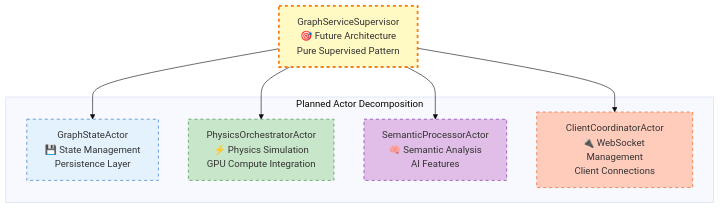
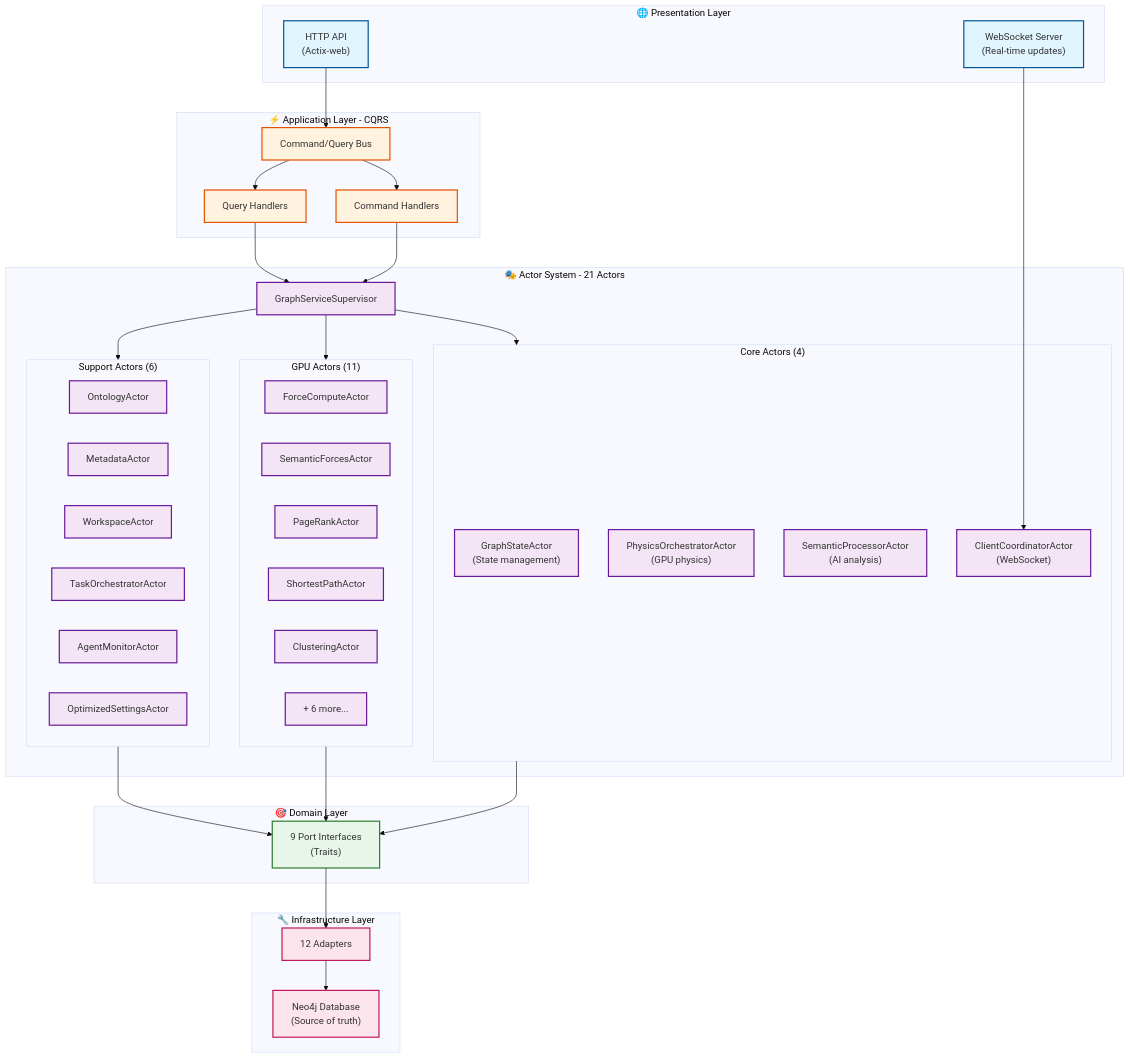
One commit to DreamLab-AI/VisionFlow changed the first of 3 diagrams in docs/concepts/architecture/core/server.md. Above: the diagram before and after it, drawn with Mermaid (base theme). The commit also changed other lines of this file and 369 other files, not shown here.

````diff
--- a/docs/concepts/architecture/core/server.md
+++ b/docs/concepts/architecture/core/server.md
@@ -198,22 +30,78 @@
 ```mermaid
 graph TB
-    Supervisor["GraphServiceSupervisor<br/>🎯 Future Architecture<br/>Pure Supervised Pattern"]
-
-    subgraph "Planned Actor Decomposition"
-        GraphState["GraphStateActor<br/>💾 State Management<br/>Persistence Layer"]
-        PhysicsOrch["PhysicsOrchestratorActor<br/>⚡ Physics Simulation<br/>GPU Compute Integration"]
-        SemanticProc["SemanticProcessorActor<br/>🧠 Semantic Analysis<br/>AI Features"]
-        ClientCoord["ClientCoordinatorActor<br/>🔌 WebSocket Management<br/>Client Connections"]
+    subgraph Presentation["🌐 Presentation Layer"]
+        HTTP["HTTP API<br/>(Actix-web)"]
+        WS["WebSocket Server<br/>(Real-time updates)"]
     end
 
-    Supervisor --> GraphState
-    Supervisor --> PhysicsOrch
-    Supervisor --> SemanticProc
-    Supervisor --> ClientCoord
+    subgraph Application["⚡ Application Layer - CQRS"]
+        CQRS["Command/Query Bus"]
+        CMDH["Command Handlers"]
+        QRYH["Query Handlers"]
+    end
 
-    style Supervisor fill:#fff9c4,stroke:#F57F17,stroke-width:3px,stroke-dasharray: 5 5
-    style GraphState fill:#e3f2fd,stroke:#1565C0,stroke-dasharray: 5 5
-    style PhysicsOrch fill:#c8e6c9,stroke:#2E7D32,stroke-dasharray: 5 5
-    style SemanticProc fill:#e1bee7,stroke:#6A1B9A,stroke-dasharray: 5 5
-    style ClientCoord fill:#ffccbc,stroke:#E65100,stroke-dasharray: 5 5
+    subgraph Actors["🎭 Actor System - 21 Actors"]
+        SUP["GraphServiceSupervisor"]
+
+        subgraph Core["Core Actors (4)"]
+            STATE["GraphStateActor<br/>(State management)"]
+            PHYS["PhysicsOrchestratorActor<br/>(GPU physics)"]
+            SEM["SemanticProcessorActor<br/>(AI analysis)"]
+            CLIENT["ClientCoordinatorActor<br/>(WebSocket)"]
+        end
+
+        subgraph GPU["GPU Actors (11)"]
+            FORCE["ForceComputeActor"]
+            SEMANTIC["SemanticForcesActor"]
+            PAGERANK["PageRankActor"]
+            SHORTEST["ShortestPathActor"]
+            CLUSTER["ClusteringActor"]
+            OTHERS["+ 6 more..."]
+        end
+
+        subgraph Support["Support Actors (6)"]
+            ONT["OntologyActor"]
+            META["MetadataActor"]
+            WORK["WorkspaceActor"]
+            TASK["TaskOrchestratorActor"]
+            MONITOR["AgentMonitorActor"]
+            SETTINGS["OptimizedSettingsActor"]
+        end
+    end
+
+    subgraph Domain["🎯 Domain Layer"]
+        PORTS["9 Port Interfaces<br/>(Traits)"]
+    end
+
+    subgraph Infrastructure["🔧 Infrastructure Layer"]
+        ADAPTERS["12 Adapters"]
+        NEO4J["Neo4j Database<br/>(Source of truth)"]
+    end
+
+    HTTP --> CQRS
+    WS --> CLIENT
+    CQRS --> CMDH
+    CQRS --> QRYH
+    CMDH --> SUP
+    QRYH --> SUP
+    SUP --> Core
+    SUP --> GPU
+    SUP --> Support
+    Core --> PORTS
+    GPU --> PORTS
+    Support --> PORTS
+    PORTS --> ADAPTERS
+    ADAPTERS --> NEO4J
+
+    classDef presentation fill:#e1f5ff,stroke:#01579b,stroke-width:2px
+    classDef application fill:#fff3e0,stroke:#e65100,stroke-width:2px
+    classDef actors fill:#f3e5f5,stroke:#6a1b9a,stroke-width:2px
+    classDef domain fill:#e8f5e9,stroke:#2e7d32,stroke-width:2px
+    classDef infra fill:#fce4ec,stroke:#c2185b,stroke-width:2px
+
+    class HTTP,WS presentation
+    class CQRS,CMDH,QRYH application
+    class SUP,STATE,PHYS,SEM,CLIENT,FORCE,SEMANTIC,PAGERANK,SHORTEST,CLUSTER,OTHERS,ONT,META,WORK,TASK,MONITOR,SETTINGS actors
+    class PORTS domain
+    class ADAPTERS,NEO4J infra
 ```
````
